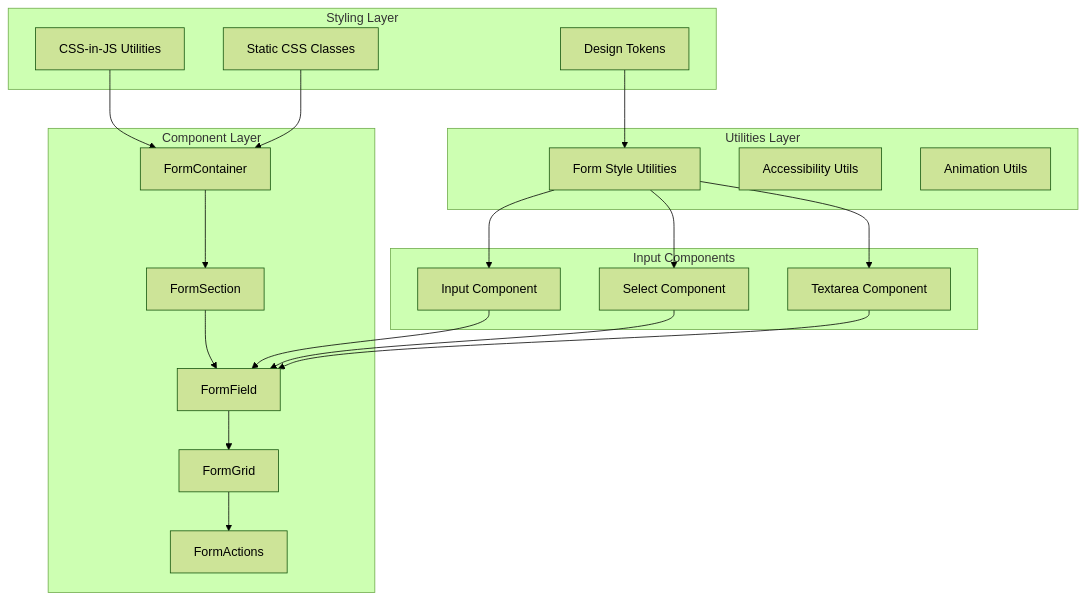
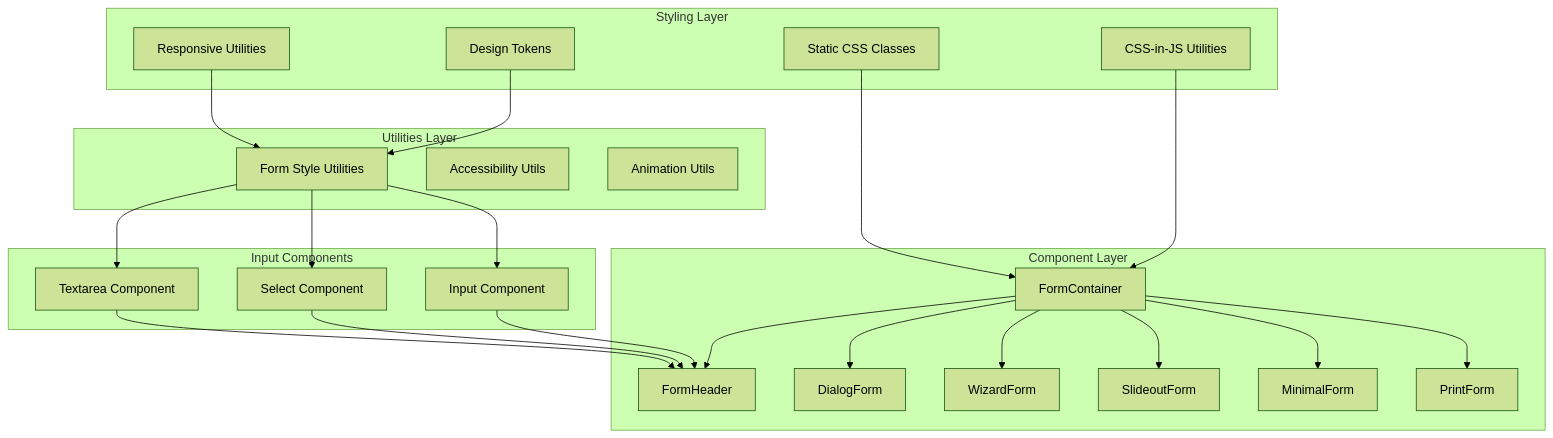
One commit to geniusdynamics/schoolpilot changed the first of 17 diagrams in .qoder/repowiki/en/content/UI Component Library/Form Styling System.md. Above: the diagram before and after it, drawn with Mermaid (forest theme). The commit also changed other lines of this file and 6 other files, not shown here.

````diff
--- a/.qoder/repowiki/en/content/UI Component Library/Form Styling System.md
+++ b/.qoder/repowiki/en/content/UI Component Library/Form Styling System.md
@@ -40,38 +59,44 @@
 ```mermaid
 graph TB
 subgraph "Styling Layer"
 CSS[CSS-in-JS Utilities]
 Classes[Static CSS Classes]
 Tokens[Design Tokens]
+Responsive[Responsive Utilities]
 end
 subgraph "Component Layer"
 Container[FormContainer]
-Section[FormSection]
-Field[FormField]
-Grid[FormGrid]
-Actions[FormActions]
+Header[FormHeader]
+Dialog[DialogForm]
+Wizard[WizardForm]
+Slideout[SlideoutForm]
+Minimal[MinimalForm]
+Print[PrintForm]
 end
 subgraph "Input Components"
 Input[Input Component]
 Select[Select Component]
 Textarea[Textarea Component]
 end
 subgraph "Utilities Layer"
 Utils[Form Style Utilities]
 Access[Accessibility Utils]
 Anim[Animation Utils]
 end
 CSS --> Container
 Classes --> Container
 Tokens --> Utils
+Responsive --> Utils
 Utils --> Input
 Utils --> Select
 Utils --> Textarea
-Container --> Section
-Section --> Field
-Field --> Grid
-Grid --> Actions
-Input --> Field
-Select --> Field
-Textarea --> Field
+Container --> Header
+Container --> Dialog
+Container --> Wizard
+Container --> Slideout
+Container --> Minimal
+Container --> Print
+Input --> Header
+Select --> Header
+Textarea --> Header
 ```
````
